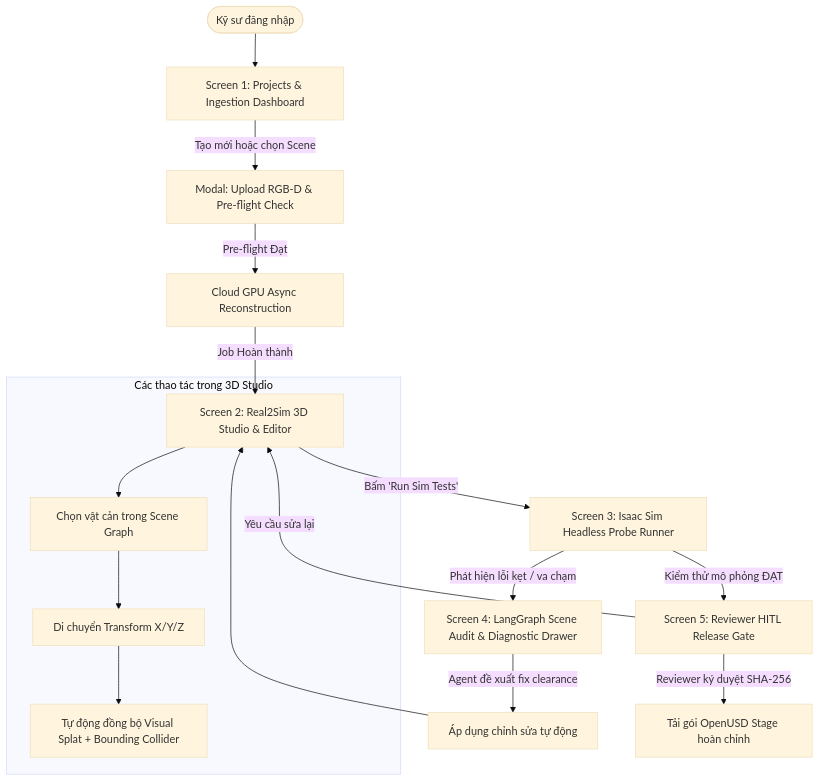
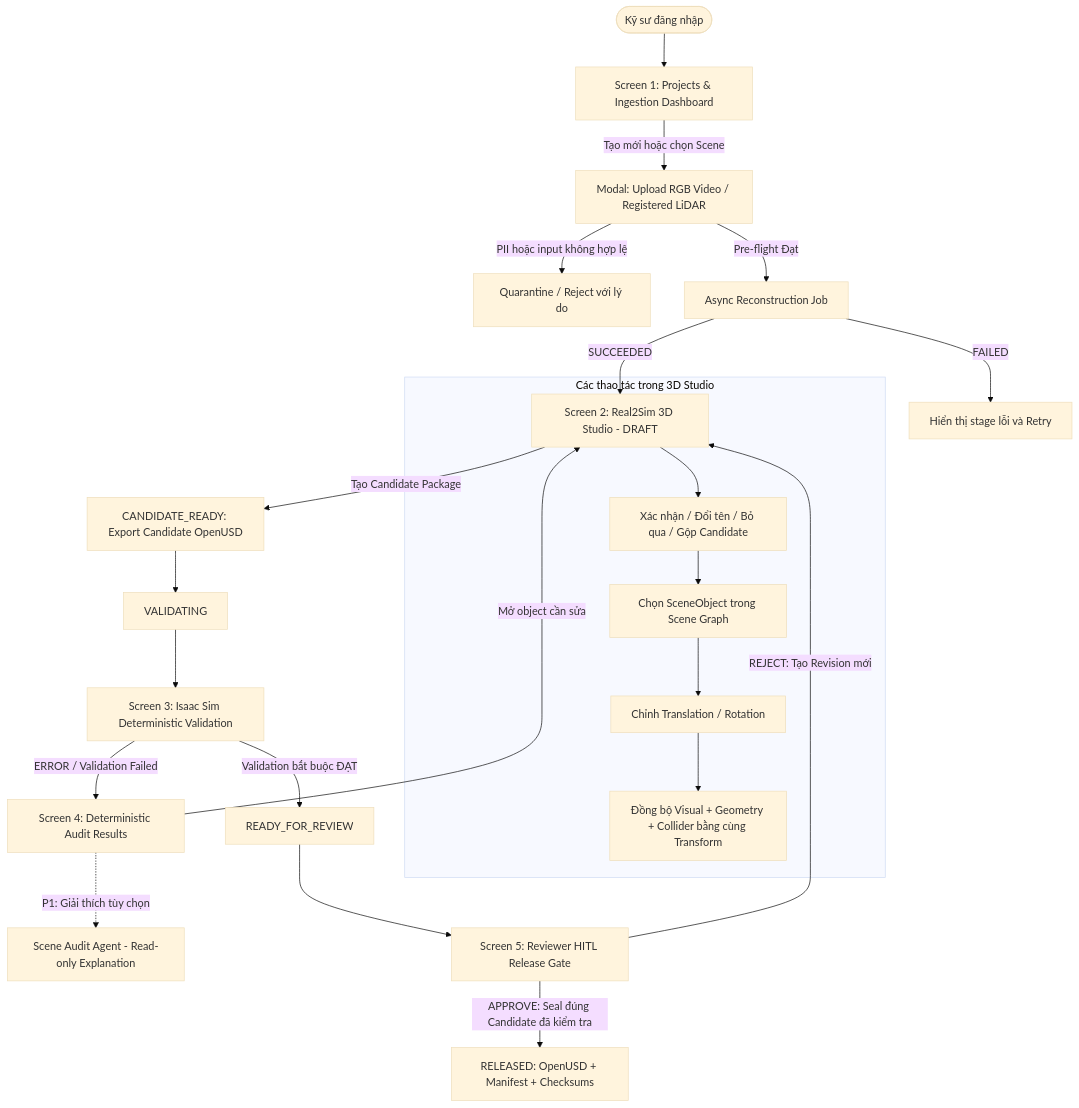
The diagram in docs/WIREFRAME_AND_UI_FLOW.md (awun0105/P-087), drawn with Mermaid (base theme) before and after one commit. The commit also changed other lines of this file and 3 other files, not shown here.

````diff
--- a/docs/WIREFRAME_AND_UI_FLOW.md
+++ b/docs/WIREFRAME_AND_UI_FLOW.md
@@ -13,26 +16,31 @@
 ```mermaid
 flowchart TD
     Start([Kỹ sư đăng nhập]) --> Dashboard[Screen 1: Projects & Ingestion Dashboard]
     
-    Dashboard -->|Tạo mới hoặc chọn Scene| IngestModal[Modal: Upload RGB-D & Pre-flight Check]
-    IngestModal -->|Pre-flight Đạt| WorkerJob[Cloud GPU Async Reconstruction]
-    WorkerJob -->|Job Hoàn thành| Studio[Screen 2: Real2Sim 3D Studio & Editor]
+    Dashboard -->|Tạo mới hoặc chọn Scene| IngestModal[Modal: Upload RGB Video / Registered LiDAR]
+    IngestModal -->|PII hoặc input không hợp lệ| RejectInput[Quarantine / Reject với lý do]
+    IngestModal -->|Pre-flight Đạt| WorkerJob[Async Reconstruction Job]
+    WorkerJob -->|FAILED| JobError[Hiển thị stage lỗi và Retry]
+    WorkerJob -->|SUCCEEDED| Studio[Screen 2: Real2Sim 3D Studio - DRAFT]
     
     subgraph Studio_Features [Các thao tác trong 3D Studio]
-        Studio --> SelectObj[Chọn vật cản trong Scene Graph]
-        SelectObj --> MoveObj[Di chuyển Transform X/Y/Z]
-        MoveObj --> SyncCol[Tự động đồng bộ Visual Splat + Bounding Collider]
+        Studio --> ReviewCandidate[Xác nhận / Đổi tên / Bỏ qua / Gộp Candidate]
+        ReviewCandidate --> SelectObj[Chọn SceneObject trong Scene Graph]
+        SelectObj --> MoveObj[Chỉnh Translation / Rotation]
+        MoveObj --> SyncCol[Đồng bộ Visual + Geometry + Collider bằng cùng Transform]
     end
-    
-    Studio -->|Bấm 'Run Sim Tests'| SimRunner[Screen 3: Isaac Sim Headless Probe Runner]
-    
-    SimRunner -->|Phát hiện lỗi kẹt / va chạm| AgentDrawer[Screen 4: LangGraph Scene Audit & Diagnostic Drawer]
-    
-    AgentDrawer -->|Agent đề xuất fix clearance| ApplyFix[Áp dụng chỉnh sửa tự động]
-    ApplyFix --> Studio
-    
-    SimRunner -->|Kiểm thử mô phỏng ĐẠT| ReviewModal[Screen 5: Reviewer HITL Release Gate]
-    
-    ReviewModal -->|Reviewer ký duyệt SHA-256| ReleaseUSD[Tải gói OpenUSD Stage hoàn chỉnh]
-    ReviewModal -->|Yêu cầu sửa lại| Studio
+
+    Studio -->|Tạo Candidate Package| CandidateReady[CANDIDATE_READY: Export Candidate OpenUSD]
+    CandidateReady --> Validate[VALIDATING]
+    Validate --> SimRunner[Screen 3: Isaac Sim Deterministic Validation]
+
+    SimRunner -->|ERROR / Validation Failed| AuditPanel[Screen 4: Deterministic Audit Results]
+    AuditPanel -->|Mở object cần sửa| Studio
+    AuditPanel -.->|P1: Giải thích tùy chọn| AgentDrawer[Scene Audit Agent - Read-only Explanation]
+
+    SimRunner -->|Validation bắt buộc ĐẠT| ReadyReview[READY_FOR_REVIEW]
+    ReadyReview --> ReviewModal[Screen 5: Reviewer HITL Release Gate]
+
+    ReviewModal -->|APPROVE: Seal đúng Candidate đã kiểm tra| ReleaseUSD[RELEASED: OpenUSD + Manifest + Checksums]
+    ReviewModal -->|REJECT: Tạo Revision mới| Studio
 ```
````
